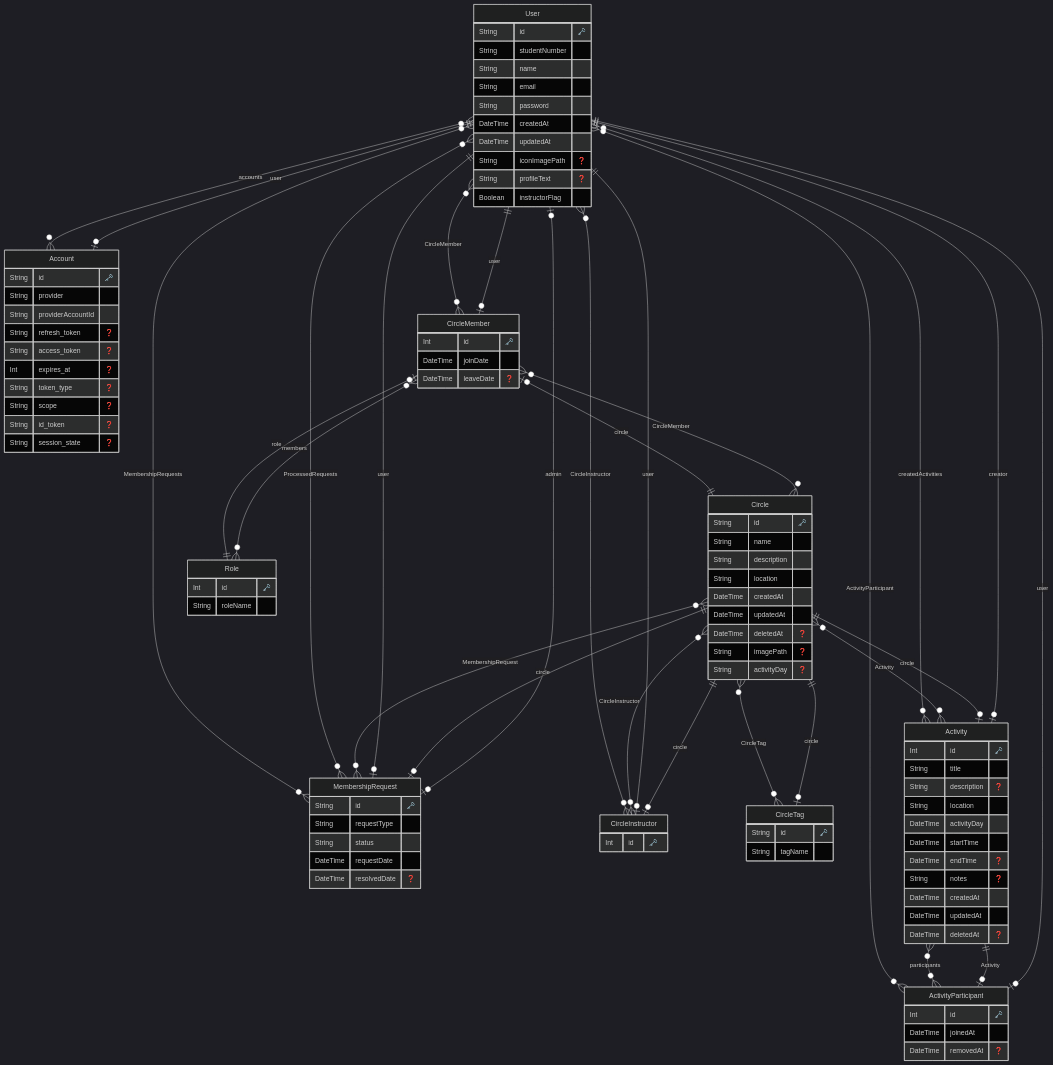
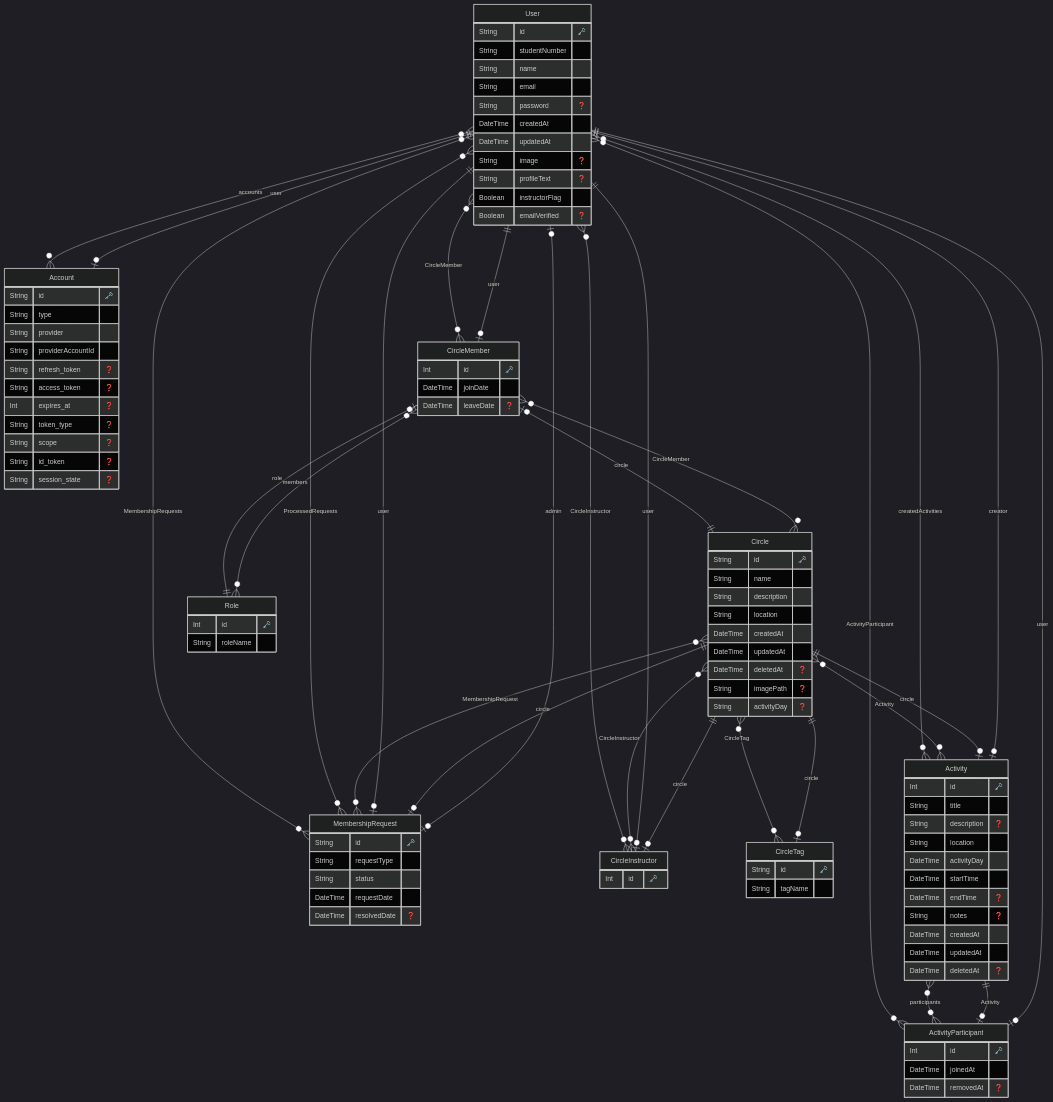
The diagram in prisma/ERD.md (ocs-amo/amo), drawn with Mermaid (dark theme) before and after one commit. The commit also changed 12 other files, not shown here.

```diff
--- a/prisma/ERD.md
+++ b/prisma/ERD.md
@@ -6,17 +6,19 @@
     String studentNumber
     String name
     String email
-    String password
+    String password "❓"
     DateTime createdAt
     DateTime updatedAt
-    String iconImagePath "❓"
+    String image "❓"
     String profileText "❓"
     Boolean instructorFlag
+    Boolean emailVerified "❓"
     }
 
 
   "Account" {
     String id "🗝️"
+    String type
     String provider
     String providerAccountId
     String refresh_token "❓"
```
